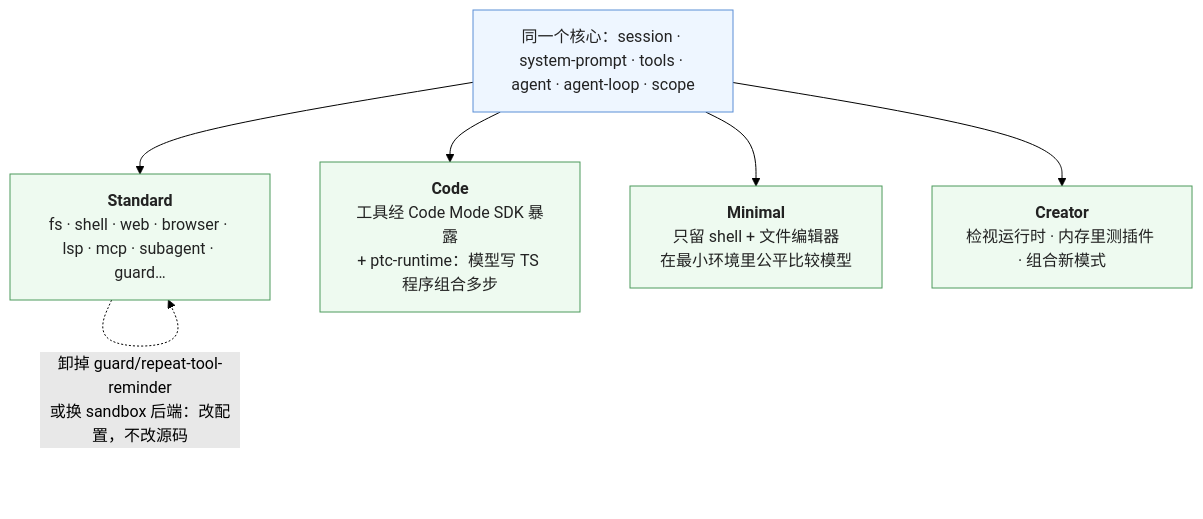
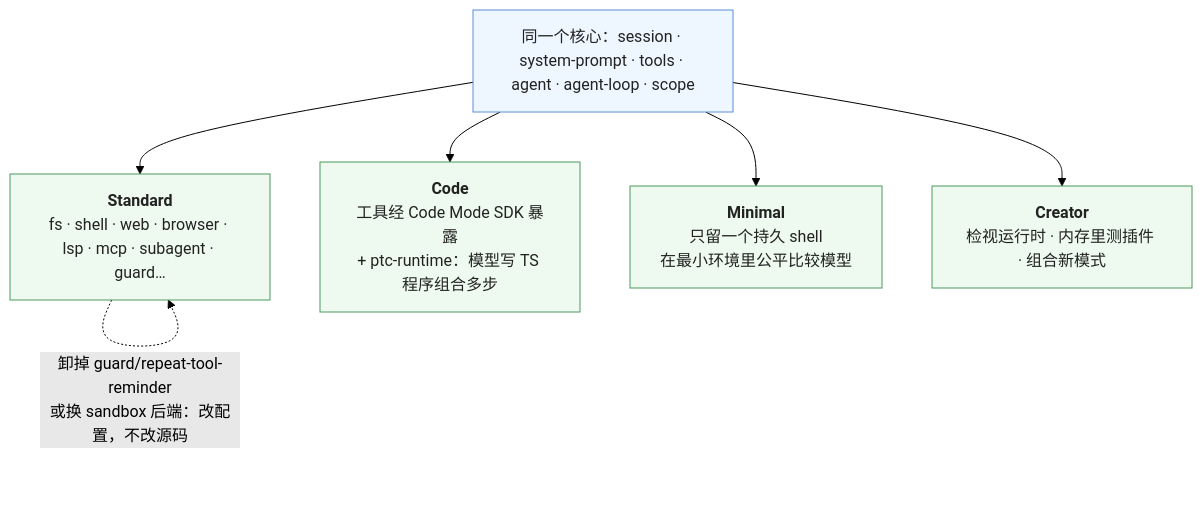
The fourth of 4 diagrams in _posts/2026-10-26-coding-agent-harness-comparison-codex-deepseek-harness-claude-code.md (arganzheng/arganzheng.github.com), drawn with Mermaid (forest theme) before and after one commit. The commit also changed other lines of this file and 11 other files, not shown here.

````diff
--- a/_posts/2026-10-26-coding-agent-harness-comparison-codex-deepseek-harness-claude-code.md
+++ b/_posts/2026-10-26-coding-agent-harness-comparison-codex-deepseek-harness-claude-code.md
@@ -165,14 +165,14 @@
 ```mermaid
-%% 图：DeepSeek Harness 的四种模式是同一组插件的四种组合——Standard 装全部工具；Code 把工具经 Code Mode SDK 暴露、模型写 TypeScript 程序组合多步（PTC）；Minimal 只留 shell 与文件编辑器，为公平比较模型；Creator 能检视运行时、在内存里测插件、组合出新模式；卸掉 guard 卫士或换沙箱后端都不改源码
+%% 图：DeepSeek Harness 的四种模式是同一组插件的四种组合——Standard 装全部工具；Code 把工具经 Code Mode SDK 暴露、模型写 TypeScript 程序组合多步（PTC）；Minimal 只留一个持久 shell，为公平比较模型；Creator 能检视运行时、在内存里测插件、组合出新模式；卸掉 guard 卫士或换沙箱后端都不改源码
 flowchart TB
     CORE["同一个核心：session · system-prompt · tools · agent · agent-loop · scope"]
     CORE --> M1["<b>Standard</b><br/>fs · shell · web · browser · lsp · mcp · subagent · guard…"]
     CORE --> M2["<b>Code</b><br/>工具经 Code Mode SDK 暴露<br/>+ ptc-runtime：模型写 TS 程序组合多步"]
-    CORE --> M3["<b>Minimal</b><br/>只留 shell + 文件编辑器<br/>在最小环境里公平比较模型"]
+    CORE --> M3["<b>Minimal</b><br/>只留一个持久 shell<br/>在最小环境里公平比较模型"]
     CORE --> M4["<b>Creator</b><br/>检视运行时 · 内存里测插件 · 组合新模式"]
     M1 -.->|"卸掉 guard/repeat-tool-reminder<br/>或换 sandbox 后端：改配置，不改源码"| M1
     classDef core fill:#eef6ff,stroke:#5b8fd6,color:#222
     classDef m fill:#eefaf0,stroke:#4d9a5c,color:#222
     class CORE core
     class M1,M2,M3,M4 m
 ```
````
